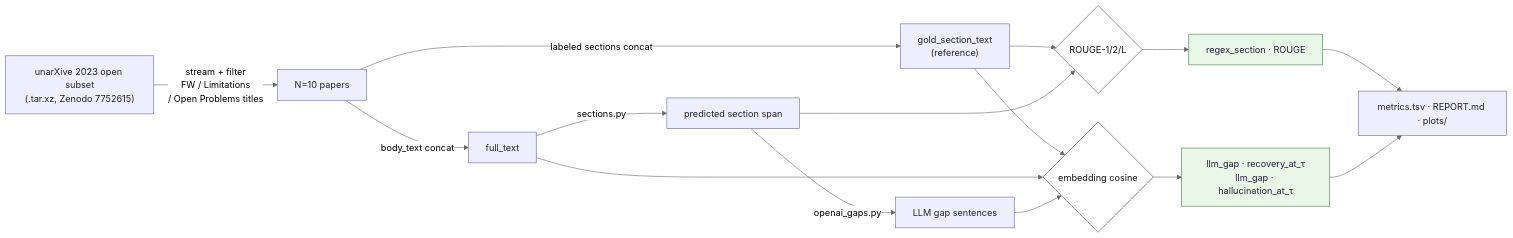
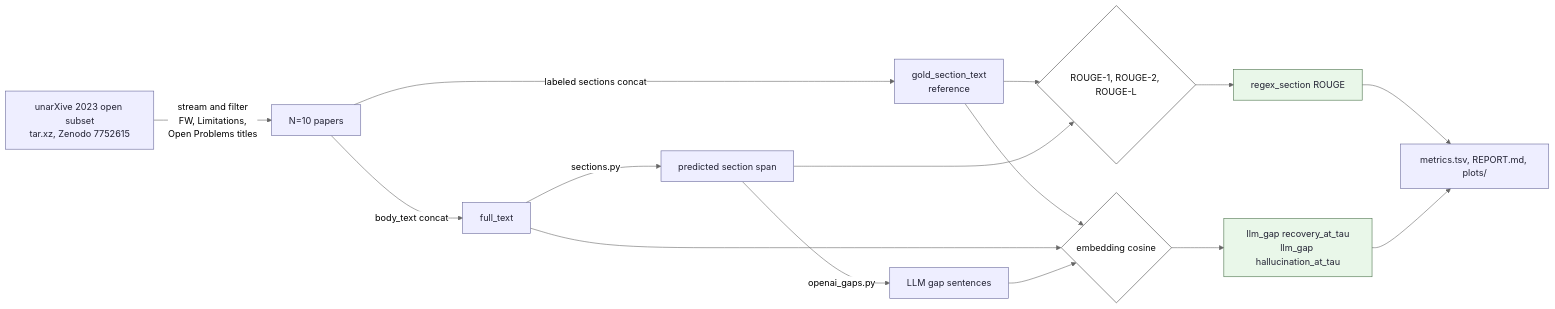
Before and after one commit to Yazangthb/Gap2Idea: the diagram in docs/figures/bench_methodology.mmd, drawn with Mermaid (neutral theme). The commit also changed 3 other files, not shown here.

First line of the commit message:
fix(figures): quote labels so GitHub's Mermaid renderer parses them

```diff
--- a/docs/figures/bench_methodology.mmd
+++ b/docs/figures/bench_methodology.mmd
@@ -1,31 +1,31 @@
 %% Gap2Idea — extraction-quality benchmark (thesis Figure 4, optional inset)
 %% Pipeline-vs-gold against unarXive 2023 author-titled sections.
 
 flowchart LR
-    UA["unarXive 2023 open subset<br/>(.tar.xz, Zenodo 7752615)"] -->|stream + filter<br/>FW / Limitations<br/>/ Open Problems titles| SAMP[N=10 papers]
+    UA["unarXive 2023 open subset<br/>tar.xz, Zenodo 7752615"] -->|"stream and filter<br/>FW, Limitations,<br/>Open Problems titles"| SAMP["N=10 papers"]
 
-    SAMP -->|body_text concat| FULL[full_text]
-    SAMP -->|labeled sections concat| GOLD["gold_section_text<br/>(reference)"]
+    SAMP -->|"body_text concat"| FULL["full_text"]
+    SAMP -->|"labeled sections concat"| GOLD["gold_section_text<br/>reference"]
 
-    FULL -->|sections.py| PRED1["predicted section span"]
-    PRED1 -->|openai_gaps.py| PRED2["LLM gap sentences"]
+    FULL -->|"sections.py"| PRED1["predicted section span"]
+    PRED1 -->|"openai_gaps.py"| PRED2["LLM gap sentences"]
 
-    GOLD --> R1{ROUGE-1/2/L}
+    GOLD --> R1{"ROUGE-1, ROUGE-2, ROUGE-L"}
     PRED1 --> R1
 
-    GOLD --> R2{embedding cosine}
+    GOLD --> R2{"embedding cosine"}
     FULL --> R2
     PRED2 --> R2
 
-    R1 --> M1[regex_section · ROUGE]
-    R2 --> M2[llm_gap · recovery_at_τ<br/>llm_gap · hallucination_at_τ]
+    R1 --> M1["regex_section ROUGE"]
+    R2 --> M2["llm_gap recovery_at_tau<br/>llm_gap hallucination_at_tau"]
 
-    M1 --> OUT[metrics.tsv · REPORT.md · plots/]
+    M1 --> OUT["metrics.tsv, REPORT.md, plots/"]
     M2 --> OUT
 
     classDef artifact fill:#eef,stroke:#669,color:#223;
     classDef stage fill:#fff,stroke:#444,color:#111;
     classDef metric fill:#e9f7e9,stroke:#487048,color:#223;
     class UA,SAMP,FULL,GOLD,PRED1,PRED2,OUT artifact;
     class R1,R2 stage;
     class M1,M2 metric;
```
